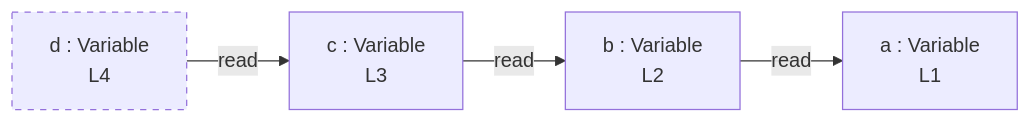
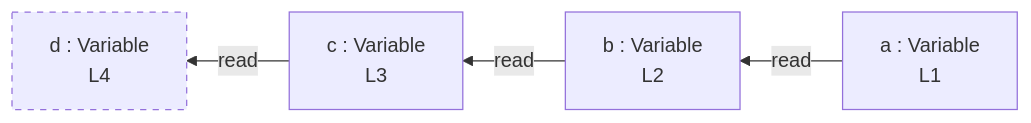
One commit to crescware/unsnarl changed the diagram in integration/fixtures/minimal-const-chain/preview.md. Above: the diagram before and after it, drawn with Mermaid. The commit also changed 27 other files, not shown here.

First line of the commit message:
feat(mermaid): subgraphs + RL layout + dataflow arrows

````diff
--- a/integration/fixtures/minimal-const-chain/preview.md
+++ b/integration/fixtures/minimal-const-chain/preview.md
@@ -14,12 +14,12 @@
 ```mermaid
-flowchart LR
+flowchart RL
   n_scope_0_a_6["a : Variable\nL1"]
   n_scope_0_b_21["b : Variable\nL2"]
   n_scope_0_c_36["c : Variable\nL3"]
   n_scope_0_d_60["d : Variable\nL4"]
-  n_scope_0_b_21 -->|read| n_scope_0_a_6
-  n_scope_0_c_36 -->|read| n_scope_0_b_21
-  n_scope_0_d_60 -->|read| n_scope_0_c_36
+  n_scope_0_a_6 -->|read| n_scope_0_b_21
+  n_scope_0_b_21 -->|read| n_scope_0_c_36
+  n_scope_0_c_36 -->|read| n_scope_0_d_60
   classDef unused stroke-dasharray: 5 5;
   class n_scope_0_d_60 unused;
 ```
````
